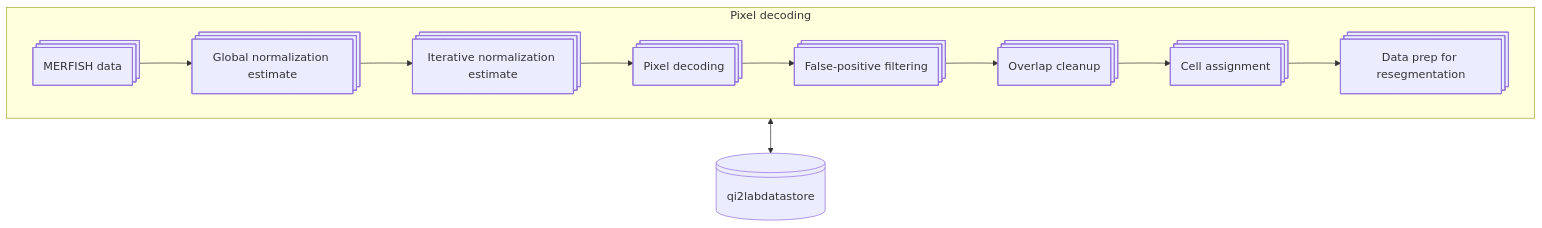
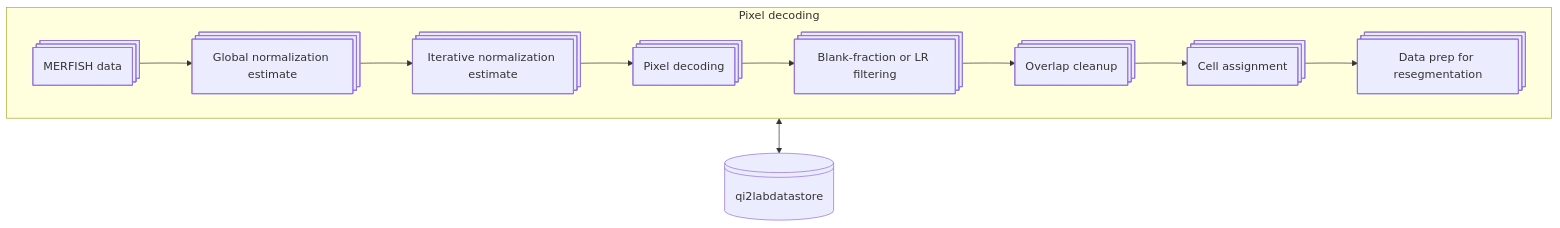
The fifth of 6 diagrams in docs/workflow.md (QI2lab/merfish3d-analysis), drawn with Mermaid before and after one commit. The commit also changed other lines of this file and 19 other files, not shown here.

````diff
--- a/docs/workflow.md
+++ b/docs/workflow.md
@@ -139,34 +148,34 @@
 ```mermaid
 %%{init: { "theme": "default", "themeVariables": { "htmlLabels": true, "curve": "linear", "layout": "elk" } } }%%
 flowchart TD
  subgraph s1["Pixel decoding"]
     n2["MERFISH data"]
     n3["Global normalization estimate"]
     n4["Iterative normalization estimate"]
     n5["Pixel decoding"]
-    n6["False-positive filtering"]
+    n6["Blank-fraction or LR filtering"]
     n7["Overlap cleanup"]
     n8["Cell assignment"]
     n9["Data prep for resegmentation"]
  end
  n1["qi2labdatastore"]
 
     s1 <--> n1
     n2 --> n3
     n3 --> n4
     n4 --> n5
     n5 --> n6
     n6 --> n7
     n7 --> n8
     n8 --> n9
 
     n1@{ shape: lin-cyl}
     n2@{ shape: procs}
     n3@{ shape: procs}
     n4@{ shape: procs}
     n5@{ shape: procs}
     n6@{ shape: procs}
     n7@{ shape: procs}
     n8@{ shape: procs}
     n9@{ shape: procs}
 ```
````
